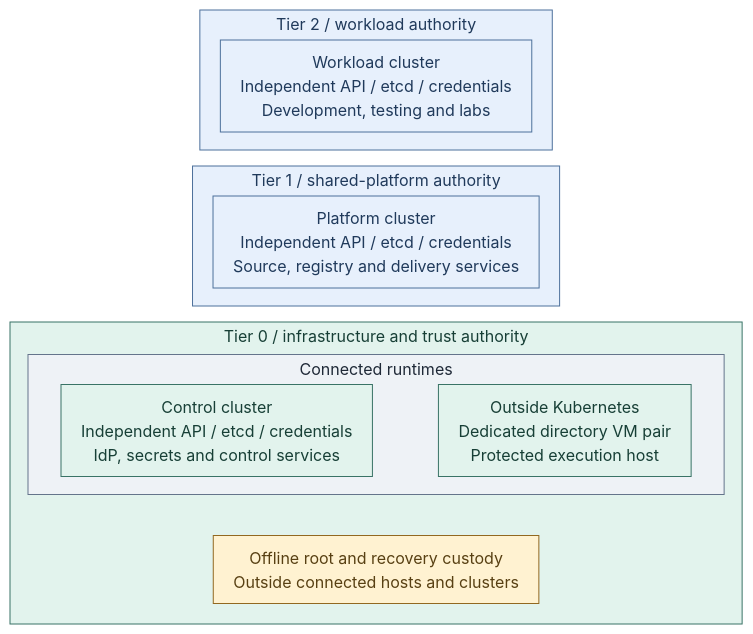
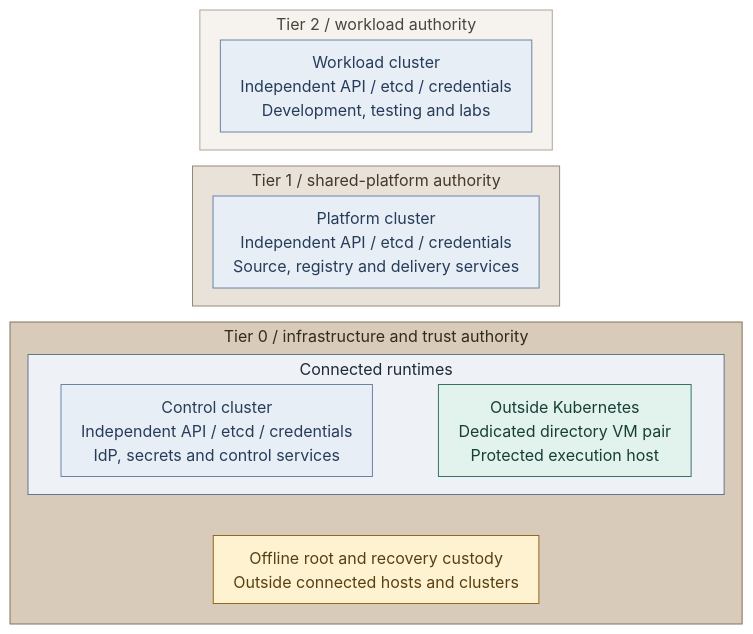
The diagram in docs/01-architecture/04-hosting/03-kubernetes.md (Rexus/homelab), drawn with Mermaid before and after one commit. The commit also changed 108 other files, not shown here.

Commit message:
docs(diagrams): unify visual language and opening views

````diff
--- a/docs/01-architecture/04-hosting/03-kubernetes.md
+++ b/docs/01-architecture/04-hosting/03-kubernetes.md
@@ -14,32 +14,38 @@
 ```mermaid
 %%{init: {"theme":"base","flowchart":{"nodeSpacing":16,"rankSpacing":16,"padding":10,"wrappingWidth":350,"subGraphTitleMargin":{"top":2,"bottom":10}},"themeVariables":{"lineColor":"#627581","edgeLabelBackground":"#f8fafc"}}}%%
 flowchart TB
   subgraph T2["Tier 2 / workload authority"]
     C2["Workload cluster<br/>Independent API / etcd / credentials<br/>Development, testing and labs"]
   end
   subgraph T1["Tier 1 / shared-platform authority"]
     C1["Platform cluster<br/>Independent API / etcd / credentials<br/>Source, registry and delivery services"]
   end
   subgraph T0["Tier 0 / infrastructure and trust authority"]
     direction TB
     subgraph Connected["Connected runtimes"]
       direction LR
       C0["Control cluster<br/>Independent API / etcd / credentials<br/>IdP, secrets and control services"]
       Directory["Outside Kubernetes<br/>Dedicated directory VM pair<br/>Protected execution host"]
       C0 ~~~ Directory
     end
     Custody["Offline root and recovery custody<br/>Outside connected hosts and clusters"]
     Connected ~~~ Custody
   end
   T2 ~~~ T1 ~~~ T0
   classDef default fill:#f8fafc,stroke:#64748b,color:#1f2937
   classDef boundary fill:#eef2f6,stroke:#64748b,color:#1f2937
   classDef services fill:#e7f0fc,stroke:#4d719b,color:#203a5b
   classDef control fill:#e2f3ed,stroke:#397366,color:#173f36
   classDef custody fill:#fff2d1,stroke:#926820,color:#584013
-  class T2,T1 services
-  class T0,C0,Directory control
+  class Directory control
   class Connected boundary
-  class C2,C1 services
+  classDef kubernetes fill:#e8eef6,stroke:#6b83a3,color:#263d59
+  class C0,C1,C2 kubernetes
   class Custody custody
+  classDef tier0 fill:#d8cbb9,stroke:#83715a,color:#352a1e
+  class T0 tier0
+  classDef tier1 fill:#e9e2d8,stroke:#968976,color:#44382a
+  class T1 tier1
+  classDef tier2 fill:#f6f3ef,stroke:#aca59b,color:#4b443c
+  class T2 tier2
 ```
````
